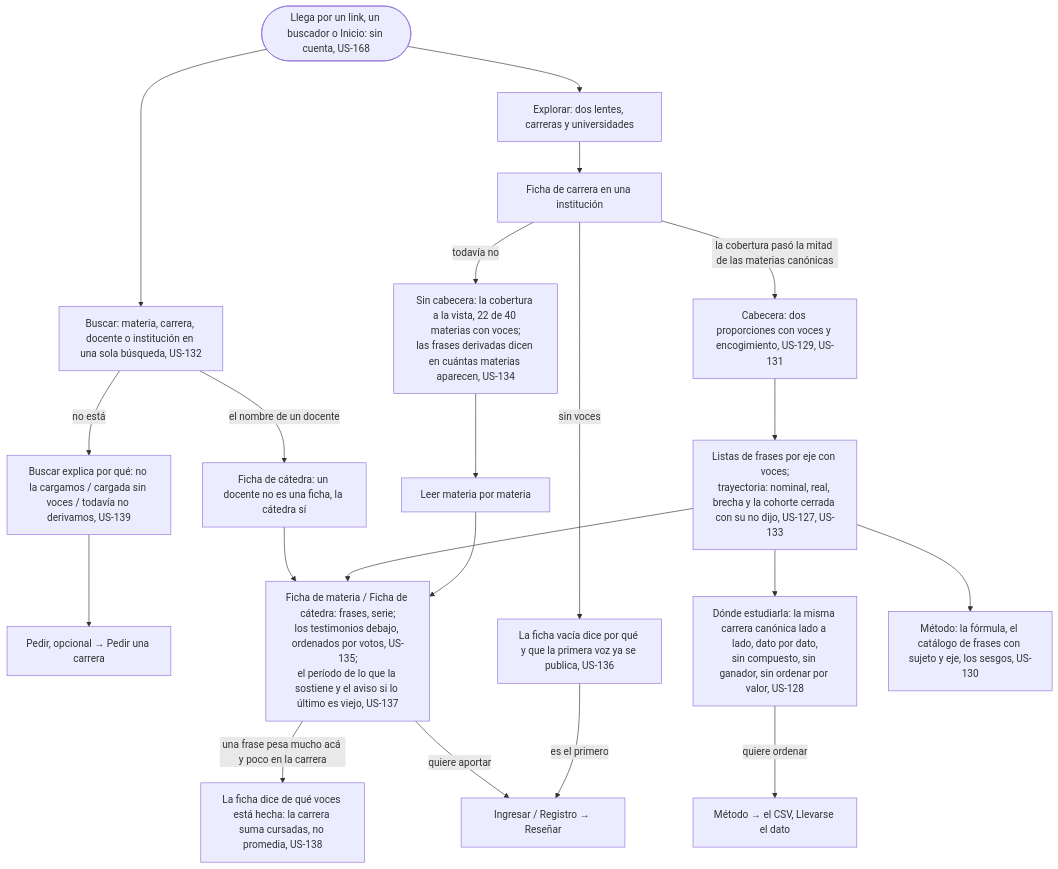
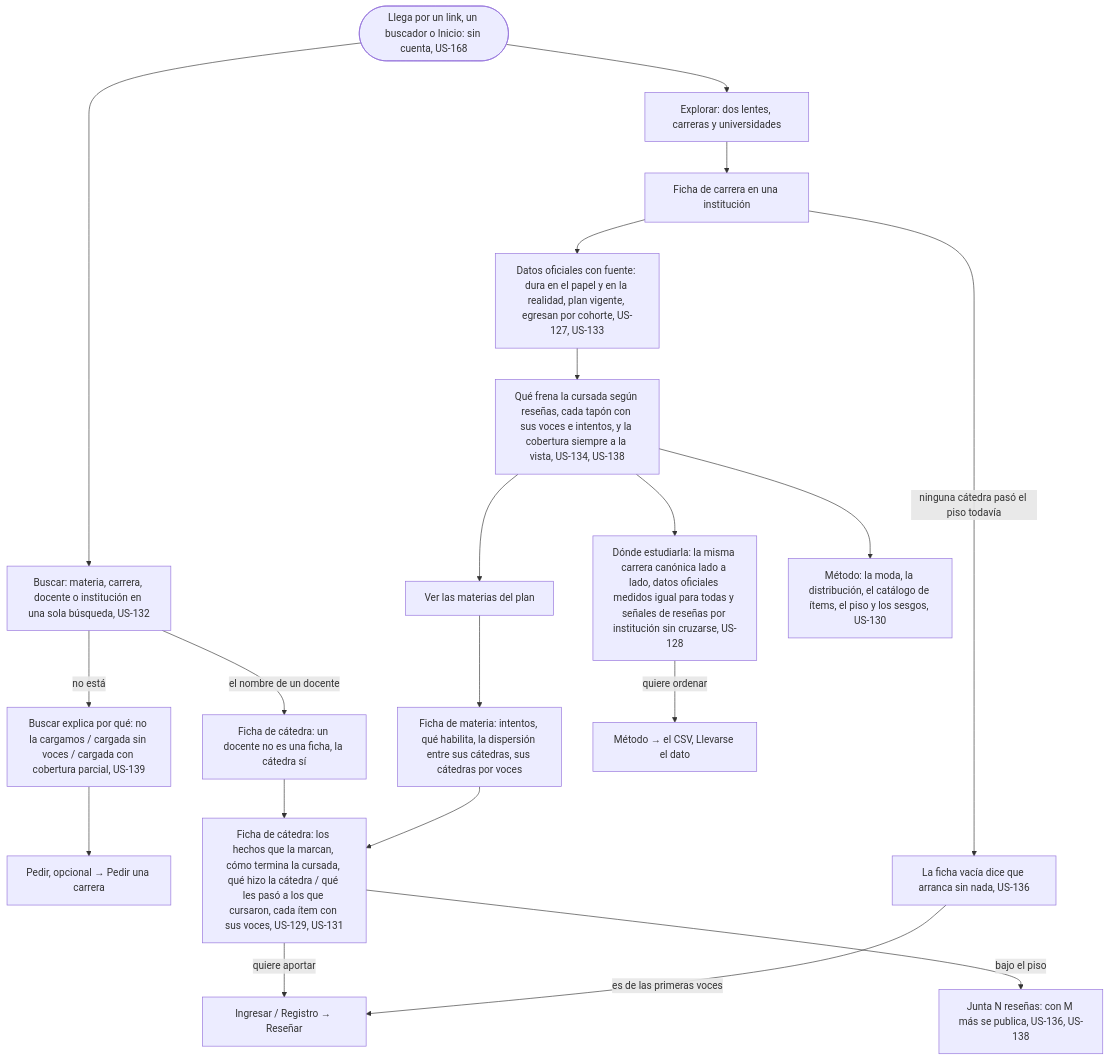
One commit to lucasidev/plan-b changed the diagram in docs/product/student/choose-where-to-study/flow.md. Above: the diagram before and after it, drawn with Mermaid. The commit also changed other lines of this file and 243 other files, not shown here.

````diff
--- a/docs/product/student/choose-where-to-study/flow.md
+++ b/docs/product/student/choose-where-to-study/flow.md
@@ -5,23 +5,22 @@
 ```mermaid
 flowchart TD
   A([Llega por un link, un buscador o Inicio: sin cuenta, US-168]) --> B[Explorar: dos lentes, carreras y universidades]
   A --> S[Buscar: materia, carrera, docente o institución en una sola búsqueda, US-132]
   S -->|el nombre de un docente| S1[Ficha de cátedra: un docente no es una ficha, la cátedra sí]
-  S -->|no está| S2[Buscar explica por qué: no la cargamos / cargada sin voces / todavía no derivamos, US-139]
+  S -->|no está| S2[Buscar explica por qué: no la cargamos / cargada sin voces / cargada con cobertura parcial, US-139]
   S2 --> S3[Pedir, opcional → Pedir una carrera]
-  S1 --> E
+  S1 --> E2
   B --> C[Ficha de carrera en una institución]
-  C -->|la cobertura pasó la mitad de las materias canónicas| C1[Cabecera: dos proporciones con voces y encogimiento, US-129, US-131]
-  C -->|todavía no| C2[Sin cabecera: la cobertura a la vista, 22 de 40 materias con voces;<br/>las frases derivadas dicen en cuántas materias aparecen, US-134]
-  C -->|sin voces| C3[La ficha vacía dice por qué y que la primera voz ya se publica, US-136]
-  C1 --> D[Listas de frases por eje con voces;<br/>trayectoria: nominal, real, brecha y la cohorte cerrada con su no dijo, US-127, US-133]
-  C2 --> D2[Leer materia por materia]
-  D --> E[Ficha de materia / Ficha de cátedra: frases, serie;<br/>los testimonios debajo, ordenados por votos, US-135;<br/>el período de lo que la sostiene y el aviso si lo último es viejo, US-137]
-  D2 --> E
-  E -->|una frase pesa mucho acá y poco en la carrera| E1[La ficha dice de qué voces está hecha: la carrera suma cursadas, no promedia, US-138]
-  D --> F[Dónde estudiarla: la misma carrera canónica lado a lado, dato por dato,<br/>sin compuesto, sin ganador, sin ordenar por valor, US-128]
+  C -->|ninguna cátedra pasó el piso todavía| C3[La ficha vacía dice que arranca sin nada, US-136]
+  C --> C1[Datos oficiales con fuente: dura en el papel y en la realidad, plan vigente, egresan por cohorte, US-127, US-133]
+  C1 --> C2[Qué frena la cursada según reseñas, cada tapón con sus voces e intentos, y la cobertura siempre a la vista, US-134, US-138]
+  C2 --> D[Ver las materias del plan]
+  D --> E[Ficha de materia: intentos, qué habilita, la dispersión entre sus cátedras, sus cátedras por voces]
+  E --> E2[Ficha de cátedra: los hechos que la marcan, cómo termina la cursada, qué hizo la cátedra / qué les pasó a los que cursaron, cada ítem con sus voces, US-129, US-131]
+  E2 -->|bajo el piso| E1[Junta N reseñas: con M más se publica, US-136, US-138]
+  C2 --> F[Dónde estudiarla: la misma carrera canónica lado a lado, datos oficiales medidos igual para todas y señales de reseñas por institución sin cruzarse, US-128]
   F -->|quiere ordenar| F2[Método → el CSV, Llevarse el dato]
-  D --> G[Método: la fórmula, el catálogo de frases con sujeto y eje, los sesgos, US-130]
-  E -->|quiere aportar| H[Ingresar / Registro → Reseñar]
-  C3 -->|es el primero| H
+  C2 --> G[Método: la moda, la distribución, el catálogo de ítems, el piso y los sesgos, US-130]
+  E2 -->|quiere aportar| H[Ingresar / Registro → Reseñar]
+  C3 -->|es de las primeras voces| H
 ```
````
